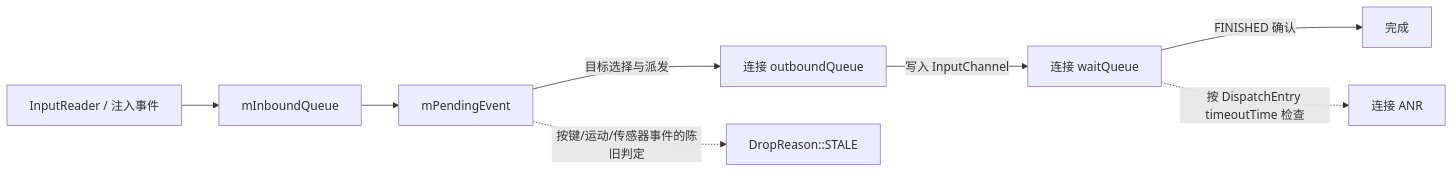
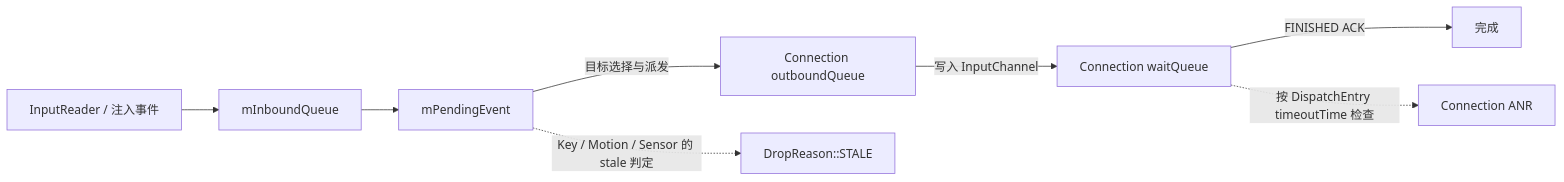
The diagram in src/part1-fundamentals/ch03-input/10-inputdispatcher-stale-event.md (Gracker/android-internals-wiki), drawn with Mermaid before and after one commit. The commit also changed other lines of this file and 4 other files, not shown here.

````diff
--- a/src/part1-fundamentals/ch03-input/10-inputdispatcher-stale-event.md
+++ b/src/part1-fundamentals/ch03-input/10-inputdispatcher-stale-event.md
@@ -51,11 +51,11 @@
 ```mermaid
 flowchart LR
     SRC["InputReader / 注入事件"] --> IQ["mInboundQueue"]
     IQ --> PE["mPendingEvent"]
-    PE -->|"目标选择与派发"| OQ["连接 outboundQueue"]
-    OQ -->|"写入 InputChannel"| WQ["连接 waitQueue"]
-    WQ -->|"FINISHED 确认"| DONE["完成"]
+    PE -->|"目标选择与派发"| OQ["Connection outboundQueue"]
+    OQ -->|"写入 InputChannel"| WQ["Connection waitQueue"]
+    WQ -->|"FINISHED ACK"| DONE["完成"]
 
-    PE -. "按键/运动/传感器事件的陈旧判定" .-> STALE["DropReason::STALE"]
-    WQ -. "按 DispatchEntry timeoutTime 检查" .-> ANR["连接 ANR"]
+    PE -. "Key / Motion / Sensor 的 stale 判定" .-> STALE["DropReason::STALE"]
+    WQ -. "按 DispatchEntry timeoutTime 检查" .-> ANR["Connection ANR"]
 ```
````
